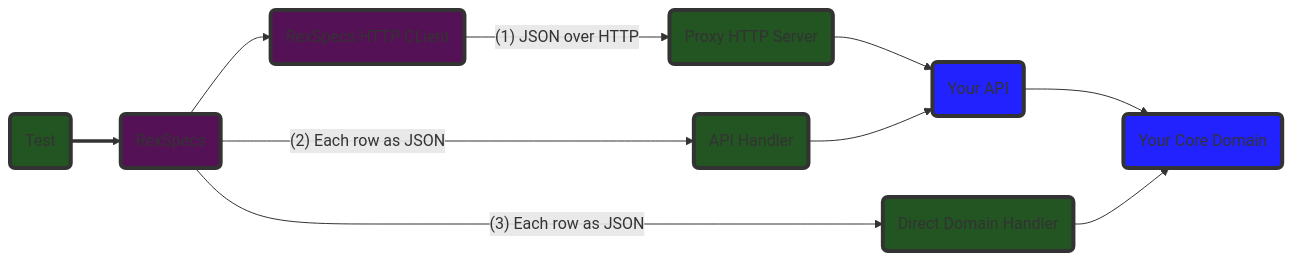
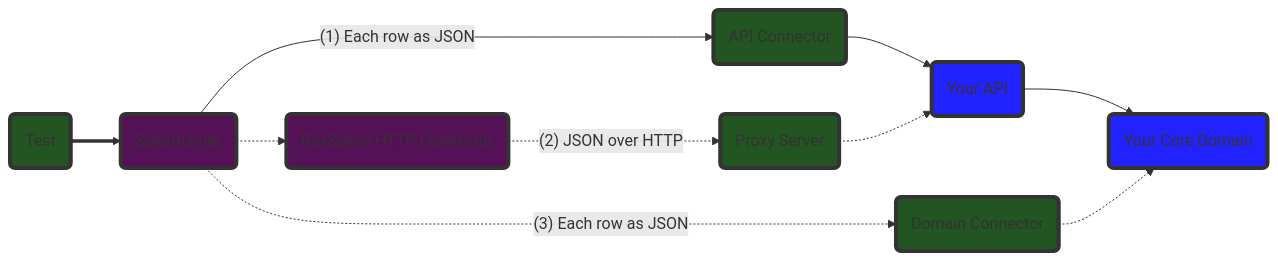
The second of 3 diagrams in README.md (agmenc/rexspecs), drawn with Mermaid before and after one commit. The commit also changed other lines of this file and 3 other files, not shown here.

````diff
--- a/README.md
+++ b/README.md
@@ -89,22 +89,20 @@
 ```mermaid
 flowchart LR
-    A(Test) ==> B(RexSpecs)
-    B --> D(RexSpecs HTTP CLient)
-    B -->|"(2) Each row as JSON"| E(API Handler)
-    B -->|"(3) Each row as JSON"| F(Direct Domain Handler)
+    A(Test) ==> B(SpecRunner)
+    B --> |"(1) Each row as JSON"| E(API Connector) --> H
+    B -.-> D(RexSpecs HTTP Connector) -.-> |"(2) JSON over HTTP"| G(Proxy Server)
+    B -.-> |"(3) Each row as JSON"| F(Domain Connector)
 
-    D -->|"(1) JSON over HTTP"| G(Proxy Server)
-    G(Proxy HTTP Server) --> H(Your API)
+    G -.-> H(Your API)
     H --> I
-    E --> H
-    F(Direct Domain Handler) --> I(Your Core Domain)
+    F -.-> I(Your Core Domain)
 
     classDef User fill:#22F,stroke:#333,stroke-width:4px;
     class H,I User;
     
     classDef Fixture fill:#252,stroke:#333,stroke-width:4px;
     class A,E,F,G Fixture;
     
     classDef RexSpecs fill:#515,stroke:#333,stroke-width:4px;
     class B,D RexSpecs;
 ```
````
